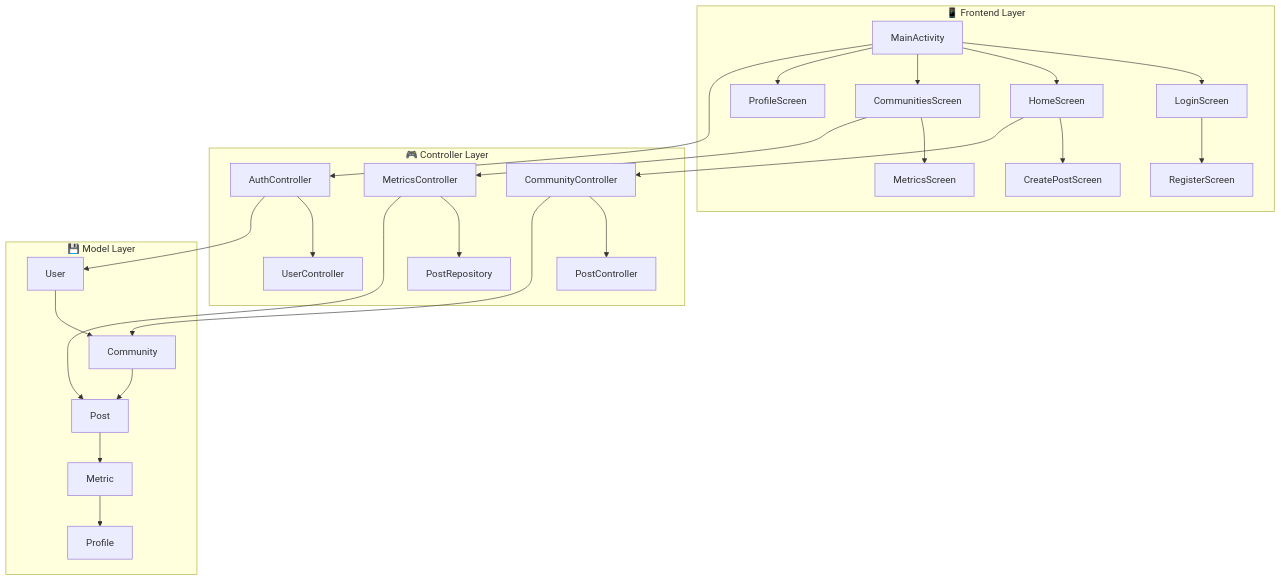
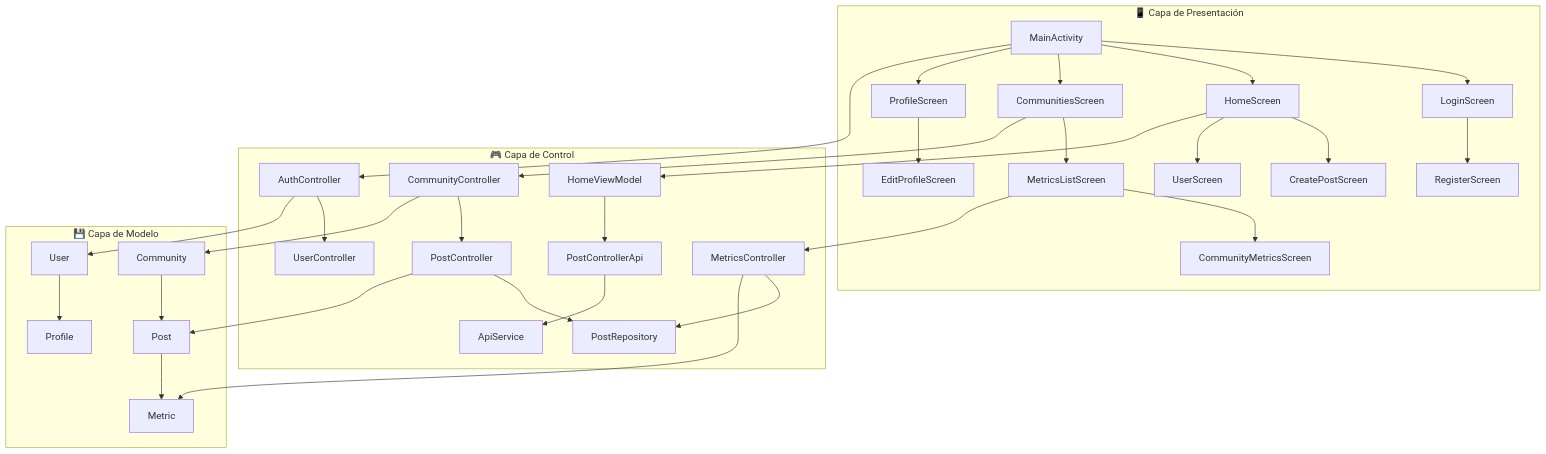
One commit to JeanU10/Proyecto-5 changed the first of 2 diagrams in README.md. Above: the diagram before and after it, drawn with Mermaid. The commit also changed other lines of this file and 4 other files, not shown here.

````diff
--- a/README.md
+++ b/README.md
@@ -74,32 +79,39 @@
 ```mermaid
 graph TB
-    subgraph "📱 Frontend Layer"
+    subgraph "📱 Capa de Presentación"
         A[MainActivity] --> B[LoginScreen]
         A --> C[HomeScreen]
         A --> D[CommunitiesScreen]
         A --> E[ProfileScreen]
         B --> F[RegisterScreen]
         C --> G[CreatePostScreen]
-        D --> H[MetricsScreen]
+        D --> H[MetricsListScreen]
+        H --> I[CommunityMetricsScreen]
+        E --> J[EditProfileScreen]
+        C --> K[UserScreen]
     end
     
-    subgraph "🎮 Controller Layer"
-        I[AuthController] --> J[UserController]
-        K[CommunityController] --> L[PostController]
-        M[MetricsController] --> N[PostRepository]
+    subgraph "🎮 Capa de Control"
+        L[AuthController] --> M[UserController]
+        N[CommunityController] --> O[PostController]
+        O --> P[PostRepository]
+        Q[MetricsController] --> P
+        R[HomeViewModel] --> S[PostControllerApi]
+        S --> T[ApiService]
     end
     
-    subgraph "💾 Model Layer"
-        O[User] --> P[Community]
-        P --> Q[Post]
-        Q --> R[Metric]
-        R --> S[Profile]
+    subgraph "💾 Capa de Modelo"
+        U[User] --> V[Profile]
+        W[Community] --> X[Post]
+        X --> Y[Metric]
     end
     
-    A --> I
-    C --> K
-    D --> M
-    I --> O
-    K --> P
-    M --> Q
+    A --> L
+    C --> R
+    D --> N
+    H --> Q
+    L --> U
+    N --> W
+    O --> X
+    Q --> Y
 ```
````
